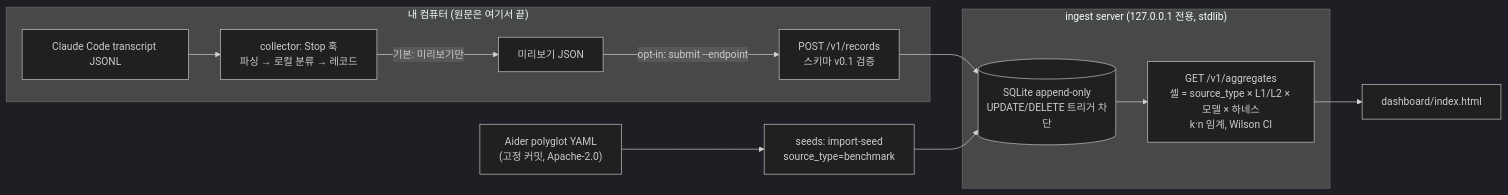
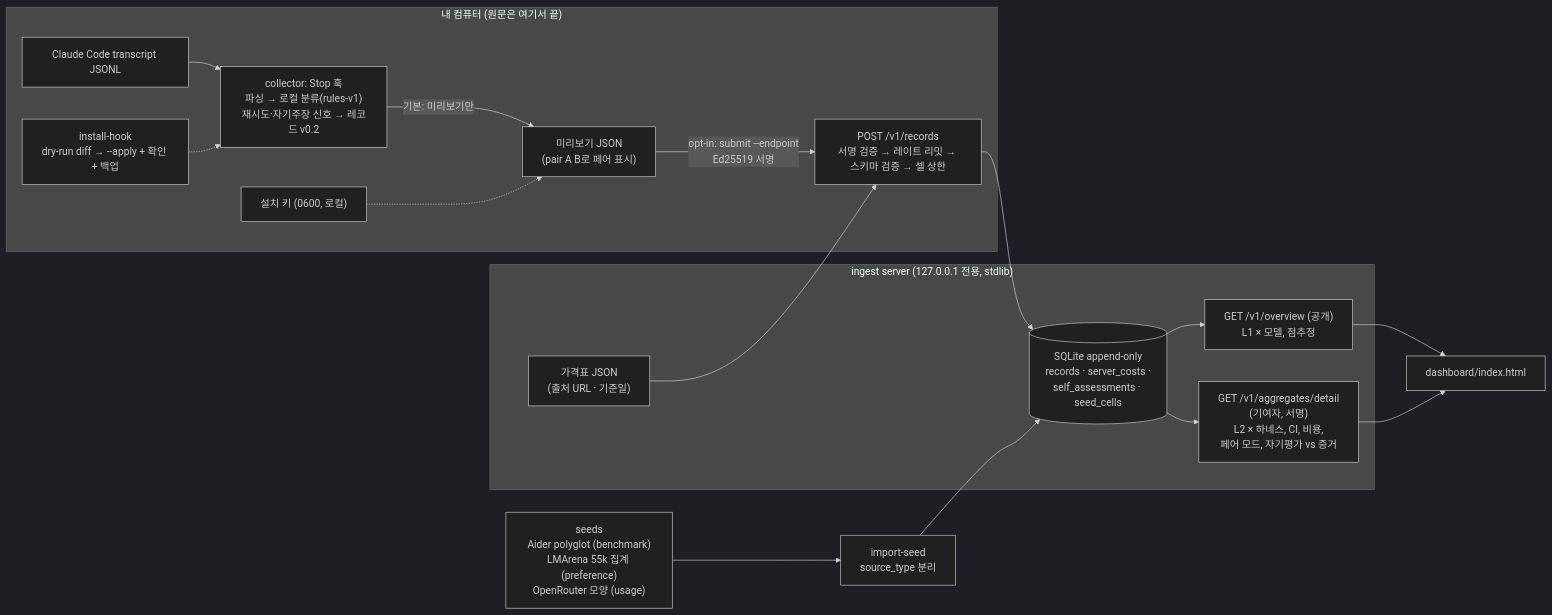
The diagram in README.md (thinker0v0/modelreceipts), drawn with Mermaid (dark theme) before and after one commit. The commit also changed other lines of this file and 14 other files, not shown here.

````diff
--- a/README.md
+++ b/README.md
@@ -62,14 +102,19 @@
 ```mermaid
 flowchart LR
   subgraph local["내 컴퓨터 (원문은 여기서 끝)"]
-    T["Claude Code transcript JSONL"] --> H["collector: Stop 훅<br/>파싱 → 로컬 분류 → 레코드"]
-    H -->|"기본: 미리보기만"| P["미리보기 JSON"]
-    P -->|"opt-in: submit --endpoint"| S
+    T["Claude Code transcript JSONL"] --> H["collector: Stop 훅<br/>파싱 → 로컬 분류(rules-v1)<br/>재시도·자기주장 신호 → 레코드 v0.2"]
+    IH["install-hook<br/>dry-run diff → --apply + 확인 + 백업"] -.-> H
+    H -->|"기본: 미리보기만"| P["미리보기 JSON<br/>(pair A B로 페어 표시)"]
+    K["설치 키 (0600, 로컬)"] -.-> P
+    P -->|"opt-in: submit --endpoint<br/>Ed25519 서명"| S
   end
   subgraph srv["ingest server (127.0.0.1 전용, stdlib)"]
-    S["POST /v1/records<br/>스키마 v0.1 검증"] --> DB[("SQLite append-only<br/>UPDATE/DELETE 트리거 차단")]
-    DB --> A["GET /v1/aggregates<br/>셀 = source_type × L1/L2 × 모델 × 하네스<br/>k·n 임계, Wilson CI"]
+    S["POST /v1/records<br/>서명 검증 → 레이트 리밋 → 스키마 검증 → 셀 상한"] --> DB[("SQLite append-only<br/>records · server_costs ·<br/>self_assessments · seed_cells")]
+    PT["가격표 JSON<br/>(출처 URL · 기준일)"] --> S
+    DB --> O["GET /v1/overview (공개)<br/>L1 × 모델, 점추정"]
+    DB --> A["GET /v1/aggregates/detail<br/>(기여자, 서명)<br/>L2 × 하네스, CI, 비용,<br/>페어 모드, 자기평가 vs 증거"]
   end
-  Y["Aider polyglot YAML<br/>(고정 커밋, Apache-2.0)"] --> I["seeds: import-seed<br/>source_type=benchmark"] --> DB
-  A --> D["dashboard/index.html"]
+  Y["seeds<br/>Aider polyglot (benchmark)<br/>LMArena 55k 집계 (preference)<br/>OpenRouter 모양 (usage)"] --> I["import-seed<br/>source_type 분리"] --> DB
+  O --> D["dashboard/index.html"]
+  A --> D
 ```
````
